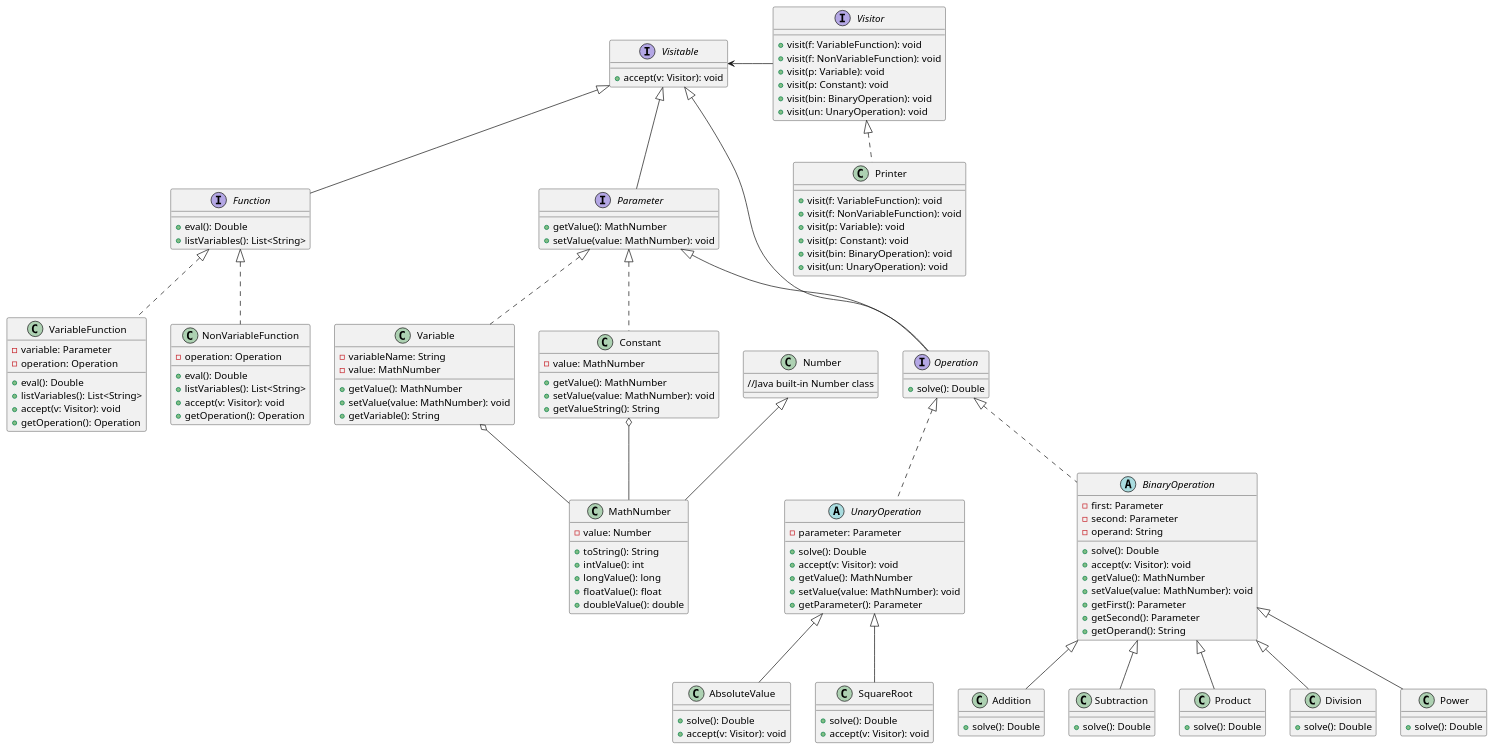
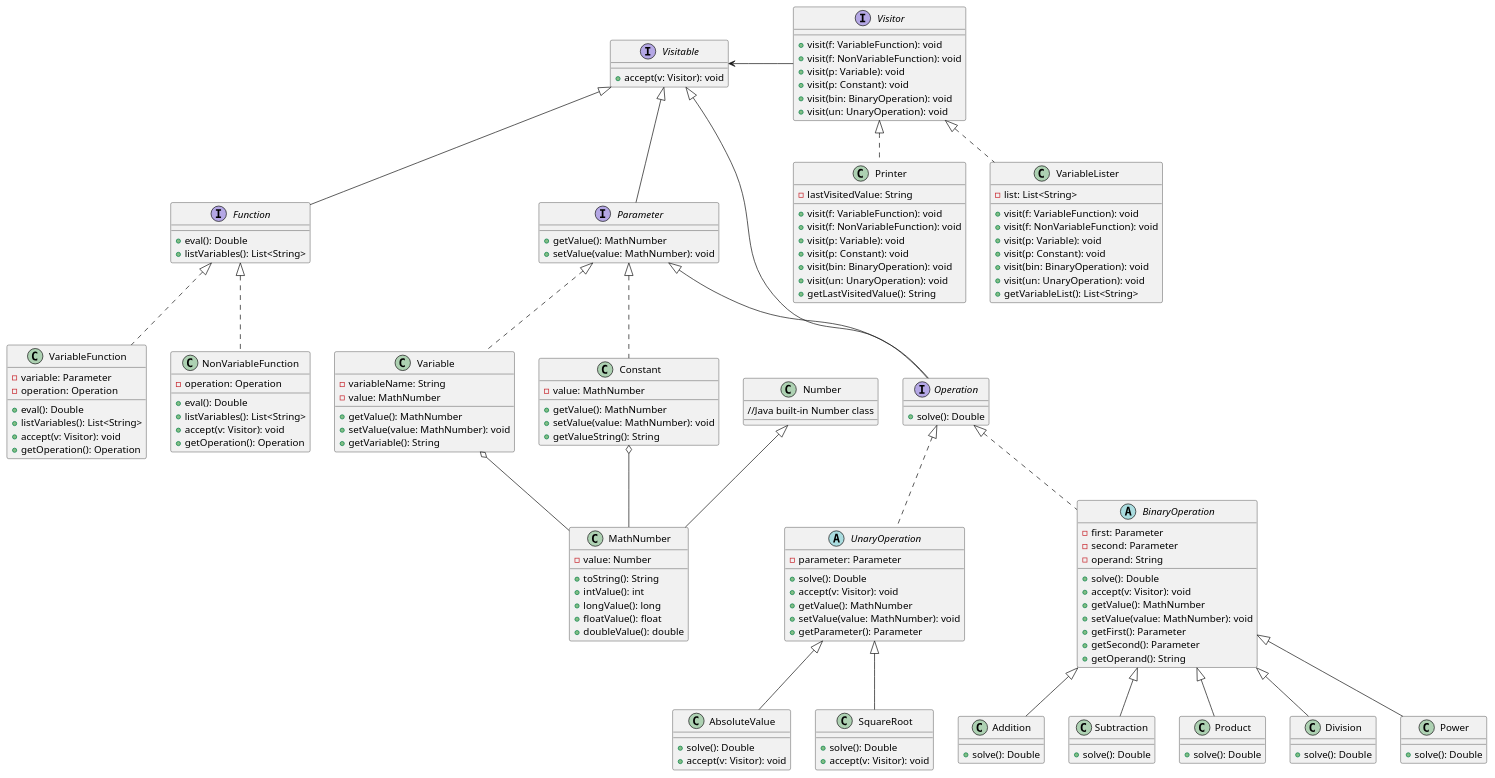
One commit to austral-ingsis-classroom/formula-FranCalveyra changed the diagram in diagrams/Functions.puml. Above: the diagram before and after it, drawn with PlantUML. The commit also changed 17 other files, not shown here.

```diff
--- a/diagrams/Functions.puml
+++ b/diagrams/Functions.puml
@@ -1,139 +1,152 @@
 @startuml
 interface Visitable{
 +accept(v: Visitor): void
 }
 interface Visitor{
 +visit(f: VariableFunction): void
 +visit(f: NonVariableFunction): void
 +visit(p: Variable): void
 +visit(p: Constant): void
 +visit(bin: BinaryOperation): void
 +visit(un: UnaryOperation): void
 }
 
 class Printer implements Visitor{
+-lastVisitedValue: String
 +visit(f: VariableFunction): void
 +visit(f: NonVariableFunction): void
 +visit(p: Variable): void
 +visit(p: Constant): void
 +visit(bin: BinaryOperation): void
 +visit(un: UnaryOperation): void
++getLastVisitedValue(): String
+}
+
+class VariableLister implements Visitor{
+-list: List<String>
++visit(f: VariableFunction): void
++visit(f: NonVariableFunction): void
++visit(p: Variable): void
++visit(p: Constant): void
++visit(bin: BinaryOperation): void
++visit(un: UnaryOperation): void
++getVariableList(): List<String>
 }
 
 
 interface Function extends Visitable{
 +eval(): Double
 +listVariables(): List<String>
 }
 class VariableFunction implements Function{
 -variable: Parameter
 -operation: Operation
 +eval(): Double
 +listVariables(): List<String>
 +accept(v: Visitor): void
 +getOperation(): Operation
 }
 class NonVariableFunction implements Function{
 -operation: Operation
 +eval(): Double
 +listVariables(): List<String>
 +accept(v: Visitor): void
 +getOperation(): Operation
 }
 
 interface Parameter extends Visitable{
 +getValue(): MathNumber
 +setValue(value: MathNumber): void
 }
 
 class Variable implements Parameter{
 -variableName: String
 -value: MathNumber
 +getValue(): MathNumber
 +setValue(value: MathNumber): void
 +getVariable(): String
 }
 
 class Constant implements Parameter{
 -value: MathNumber
 +getValue(): MathNumber
 +setValue(value: MathNumber): void
 +getValueString(): String
 }
 
 interface Operation extends Visitable, Parameter{
 +solve(): Double
 }
 
 abstract class UnaryOperation implements Operation{
 -parameter: Parameter
 +solve(): Double
 +accept(v: Visitor): void
 +getValue(): MathNumber
 +setValue(value: MathNumber): void
 +getParameter(): Parameter
 }
 
 abstract class BinaryOperation implements Operation{
 -first: Parameter
 -second: Parameter
 -operand: String
 +solve(): Double
 +accept(v: Visitor): void
 +getValue(): MathNumber
 +setValue(value: MathNumber): void
 +getFirst(): Parameter
 +getSecond(): Parameter
 +getOperand(): String
 }
 
 class Addition extends BinaryOperation{
 +solve(): Double
 }
 class Subtraction extends BinaryOperation{
 +solve(): Double
 }
 class Product extends BinaryOperation{
 +solve(): Double
 }
 class Division extends BinaryOperation{
 +solve(): Double
 }
 class Power extends BinaryOperation{
 +solve(): Double
 }
 
 class AbsoluteValue extends UnaryOperation{
 +solve(): Double
 +accept(v: Visitor): void
 }
 class SquareRoot extends UnaryOperation{
 +solve(): Double
 +accept(v: Visitor): void
 }
 
 class Number {
 //Java built-in Number class
 }
 
 class MathNumber extends Number{
 -value: Number
 +toString(): String
 +intValue(): int
 +longValue(): long
 +floatValue(): float
 +doubleValue(): double
 }
 
 
 
 ' Functions receive ONE WORD OR LETTER,
 ' then they are single-variable
 
 ' Extras
 Visitable <-Visitor
 Variable o-- MathNumber
 Constant o-- MathNumber
 
 
 @enduml
```
